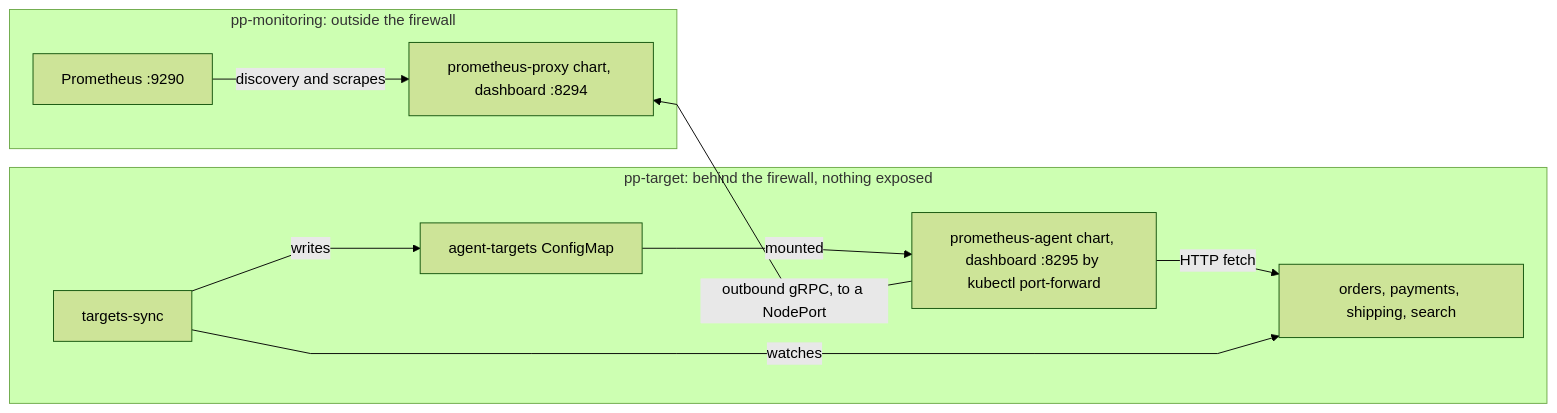
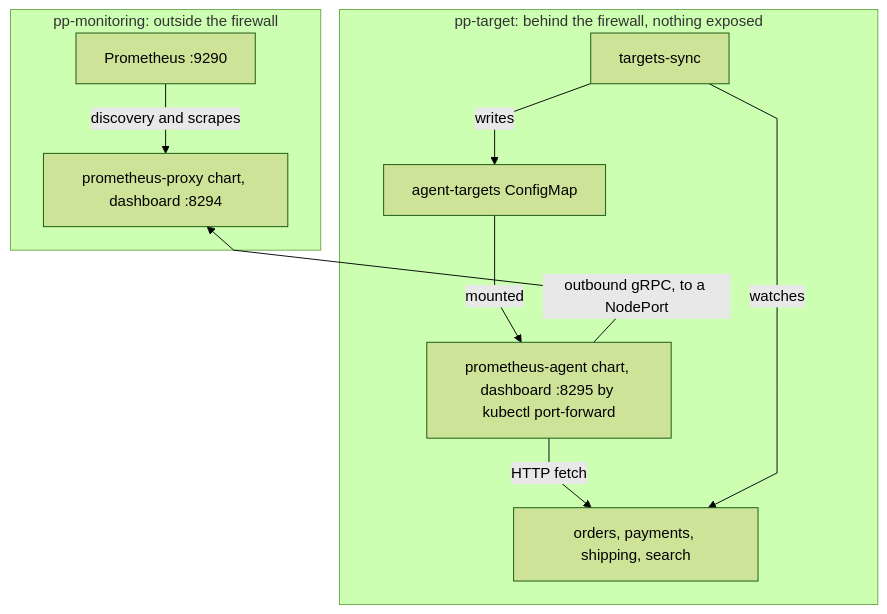
The diagram in website/prometheus-proxy/docs/kubernetes-demo.md (pambrose/prometheus-proxy), drawn with Mermaid (forest theme) before and after one commit. The commit also changed 18 other files, not shown here.

First line of the commit message:
Draw the docs' diagrams readable, set the reading measure, and serve the lightbox from the site (#535)

````diff
--- a/website/prometheus-proxy/docs/kubernetes-demo.md
+++ b/website/prometheus-proxy/docs/kubernetes-demo.md
@@ -16,25 +16,25 @@
 ``` mermaid
 %%{init: {'flowchart': {'curve': 'linear'}}}%%
-graph LR
+graph TB
   P[Prometheus :9290] -->|discovery and scrapes| Proxy[prometheus-proxy chart, dashboard :8294]
   %% The agent connects out, across Docker's kind network, so its arrow points back. The invisible link keeps the
-  %% target cluster to the right of the monitoring one.
+  %% target cluster below the monitoring one.
   Proxy ~~~ Agent
   Agent[prometheus-agent chart, dashboard :8295 by kubectl port-forward] -->|outbound gRPC, to a NodePort| Proxy
   Agent -->|HTTP fetch| Svc[orders, payments, shipping, search]
   Sync[targets-sync] -->|watches| Svc
   Sync -->|writes| CM[agent-targets ConfigMap]
   CM -->|mounted| Agent
 
   subgraph pp-monitoring [pp-monitoring: outside the firewall]
     P
     Proxy
   end
 
   subgraph pp-target [pp-target: behind the firewall, nothing exposed]
     Agent
     Sync
     CM
     Svc
   end
 ```
````
